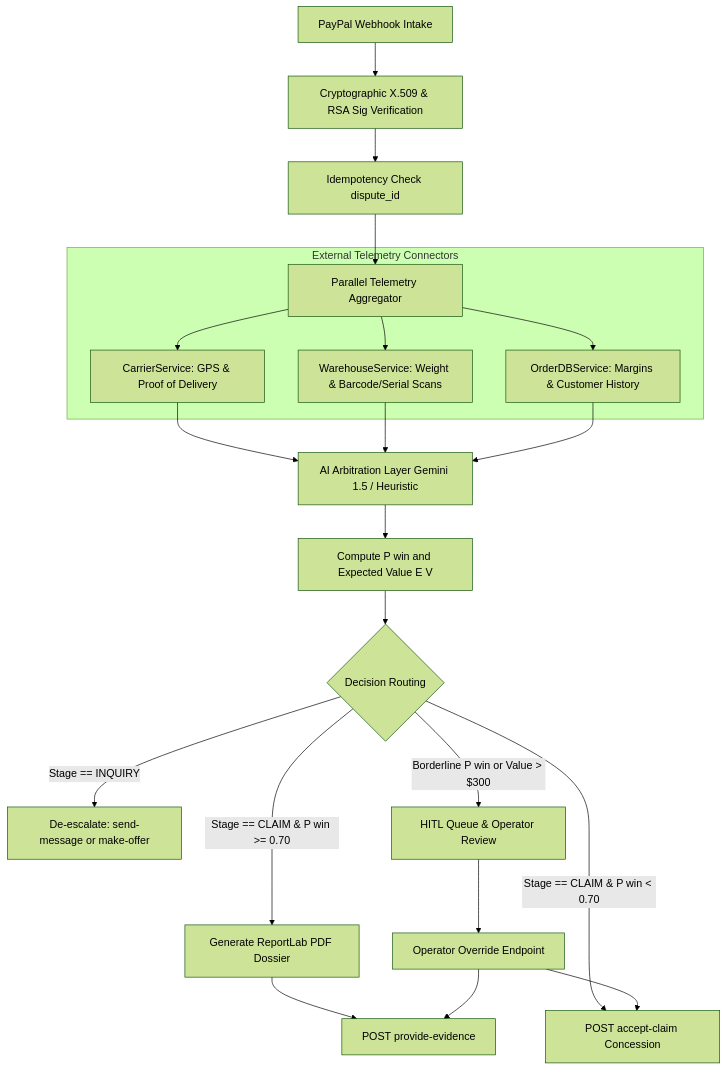
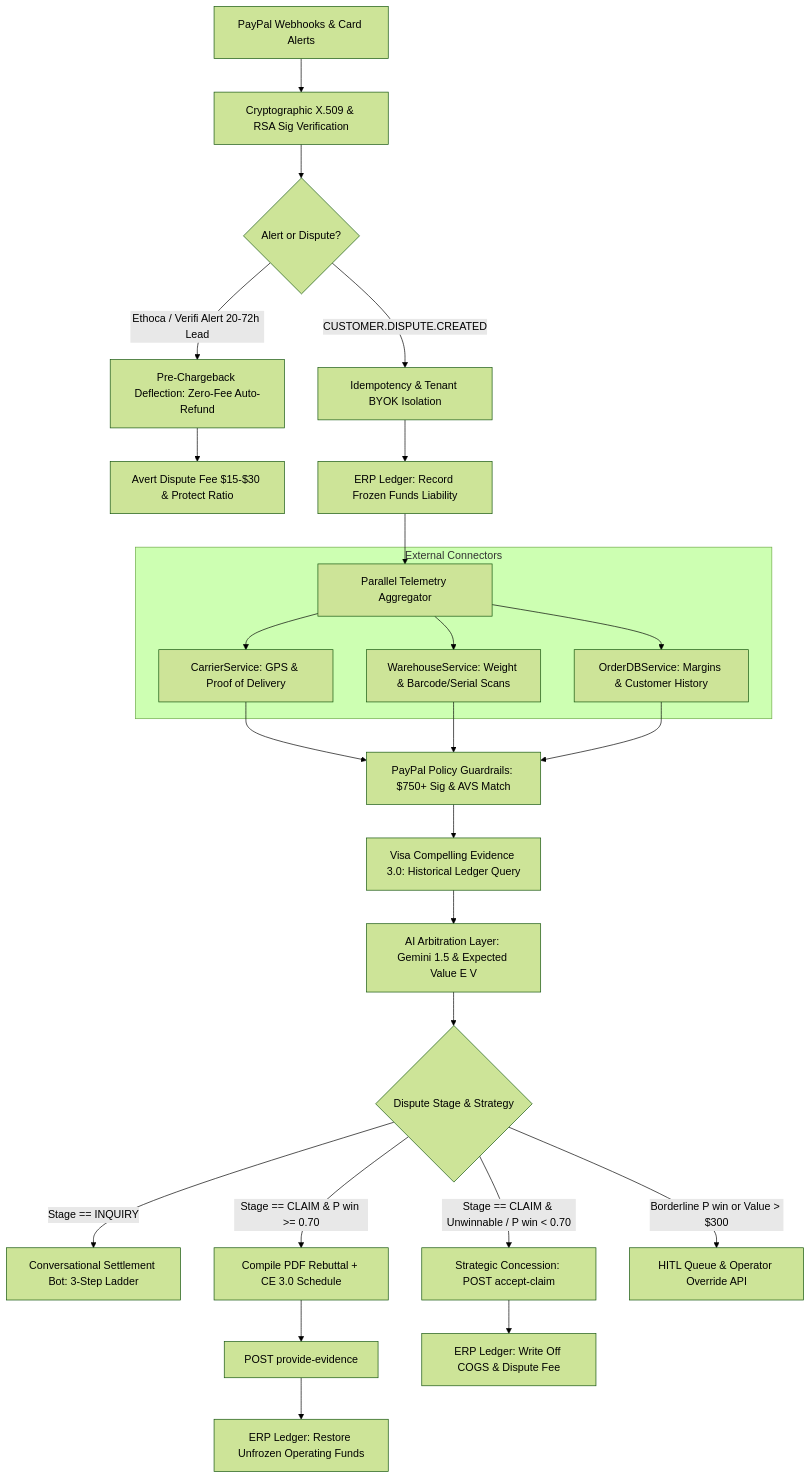
Before and after one commit to Sarvesha302005/LexiShield: the diagram in README.md, drawn with Mermaid (forest theme). The commit also changed other lines of this file and 10 other files, not shown here.

Commit message:
feat(platform): implement multi-tenant rls, erp double-entry accounting, and rma returns

````diff
--- a/README.md
+++ b/README.md
@@ -16,29 +16,37 @@
 ```mermaid
 flowchart TD
-    WH[PayPal Webhook Intake] --> SEC[Cryptographic X.509 & RSA Sig Verification]
-    SEC --> IDEM[Idempotency Check dispute_id]
-    IDEM --> GATHER[Parallel Telemetry Aggregator]
+    WH[PayPal Webhooks & Card Alerts] --> SEC[Cryptographic X.509 & RSA Sig Verification]
+    SEC --> PRE{Alert or Dispute?}
     
-    subgraph External Telemetry Connectors
+    PRE -->|Ethoca / Verifi Alert 20-72h Lead| DEFLECT[Pre-Chargeback Deflection: Zero-Fee Auto-Refund]
+    DEFLECT --> SAVE[Avert Dispute Fee $15-$30 & Protect Ratio]
+    
+    PRE -->|CUSTOMER.DISPUTE.CREATED| IDEM[Idempotency & Tenant BYOK Isolation]
+    IDEM --> ACC_FREEZE[ERP Ledger: Record Frozen Funds Liability]
+    
+    ACC_FREEZE --> GATHER[Parallel Telemetry Aggregator]
+    subgraph External Connectors
         GATHER --> C1[CarrierService: GPS & Proof of Delivery]
         GATHER --> C2[WarehouseService: Weight & Barcode/Serial Scans]
         GATHER --> C3[OrderDBService: Margins & Customer History]
     end
     
-    C1 --> ARB[AI Arbitration Layer Gemini 1.5 / Heuristic]
-    C2 --> ARB
-    C3 --> ARB
+    C1 --> COMPL[PayPal Policy Guardrails: $750+ Sig & AVS Match]
+    C2 --> COMPL
+    C3 --> COMPL
     
-    ARB --> CALC[Compute P win and Expected Value E V]
-    CALC --> ROUTE{Decision Routing}
+    COMPL --> CE3[Visa Compelling Evidence 3.0: Historical Ledger Query]
+    CE3 --> ARB[AI Arbitration Layer: Gemini 1.5 & Expected Value E V]
     
-    ROUTE -- Stage == INQUIRY --> DE_ESC[De-escalate: send-message or make-offer]
-    ROUTE -- Stage == CLAIM & P win >= 0.70 --> PDF[Generate ReportLab PDF Dossier]
-    PDF --> DEF[POST provide-evidence]
-    ROUTE -- Stage == CLAIM & P win < 0.70 --> CONC[POST accept-claim Concession]
-    ROUTE -- Borderline P win or Value > $300 --> HITL[HITL Queue & Operator Review]
+    ARB --> ROUTE{Dispute Stage & Strategy}
     
-    HITL --> OVERRIDE[Operator Override Endpoint]
-    OVERRIDE --> DEF
-    OVERRIDE --> CONC
+    ROUTE -- Stage == INQUIRY --> BOT[Conversational Settlement Bot: 3-Step Ladder]
+    ROUTE -- Stage == CLAIM & P win >= 0.70 --> PDF[Compile PDF Rebuttal + CE 3.0 Schedule]
+    PDF --> SUBMIT[POST provide-evidence]
+    SUBMIT --> ACC_WIN[ERP Ledger: Restore Unfrozen Operating Funds]
+    
+    ROUTE -- Stage == CLAIM & Unwinnable / P win < 0.70 --> CONC[Strategic Concession: POST accept-claim]
+    CONC --> ACC_LOSS[ERP Ledger: Write Off COGS & Dispute Fee]
+    
+    ROUTE -- Borderline P win or Value > $300 --> HITL[HITL Queue & Operator Override API]
 ```
````
